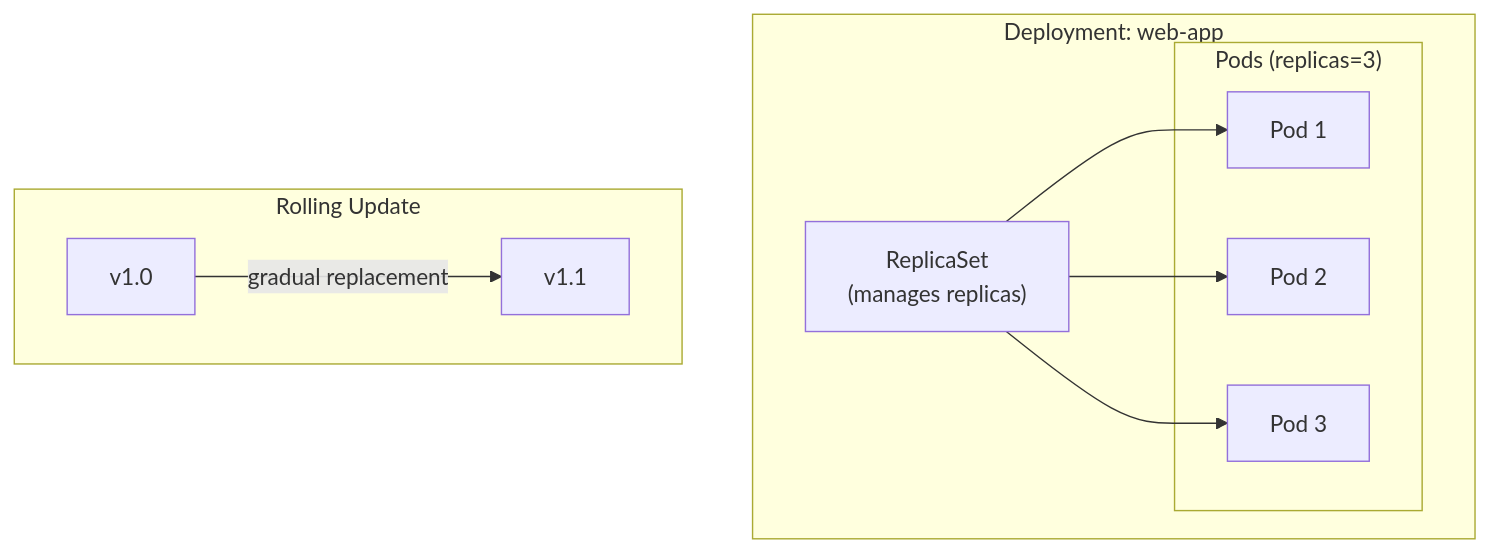
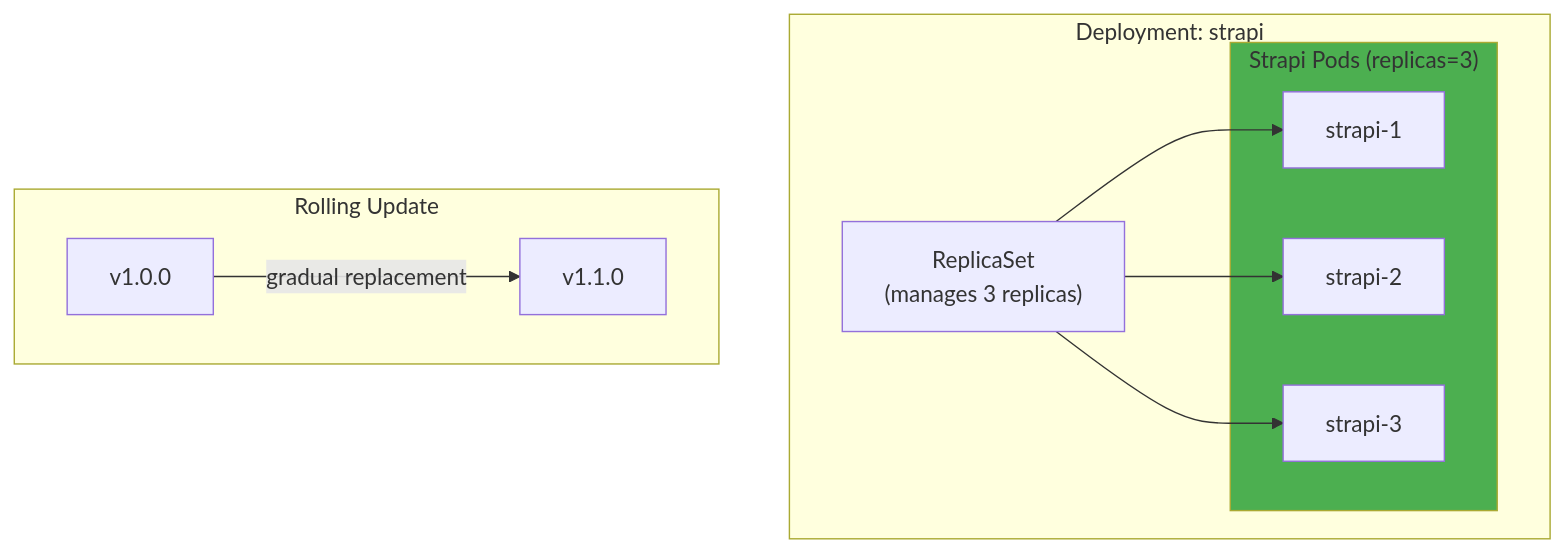
The fourth of 11 diagrams in DevOps/02-Engineering/04-Container-Orchestration.md (PearlThoughtsInternship/Internship-Obsidian-Vault), drawn with Mermaid before and after one commit. The commit also changed other lines of this file and 1 other file, not shown here.

````diff
--- a/DevOps/02-Engineering/04-Container-Orchestration.md
+++ b/DevOps/02-Engineering/04-Container-Orchestration.md
@@ -152,22 +167,24 @@
 ```mermaid
 flowchart TB
-    subgraph Deployment["Deployment: web-app"]
-        RS["ReplicaSet\n(manages replicas)"]
+    subgraph Deployment["Deployment: strapi"]
+        RS["ReplicaSet\n(manages 3 replicas)"]
 
-        subgraph Pods["Pods (replicas=3)"]
-            P1["Pod 1"]
-            P2["Pod 2"]
-            P3["Pod 3"]
+        subgraph Pods["Strapi Pods (replicas=3)"]
+            P1["strapi-1"]
+            P2["strapi-2"]
+            P3["strapi-3"]
         end
 
         RS --> P1
         RS --> P2
         RS --> P3
     end
 
     subgraph RollingUpdate["Rolling Update"]
-        Old["v1.0"]
-        New["v1.1"]
+        Old["v1.0.0"]
+        New["v1.1.0"]
         Old -->|"gradual replacement"| New
     end
+
+    style Pods fill:#4CAF50
 ```
````
